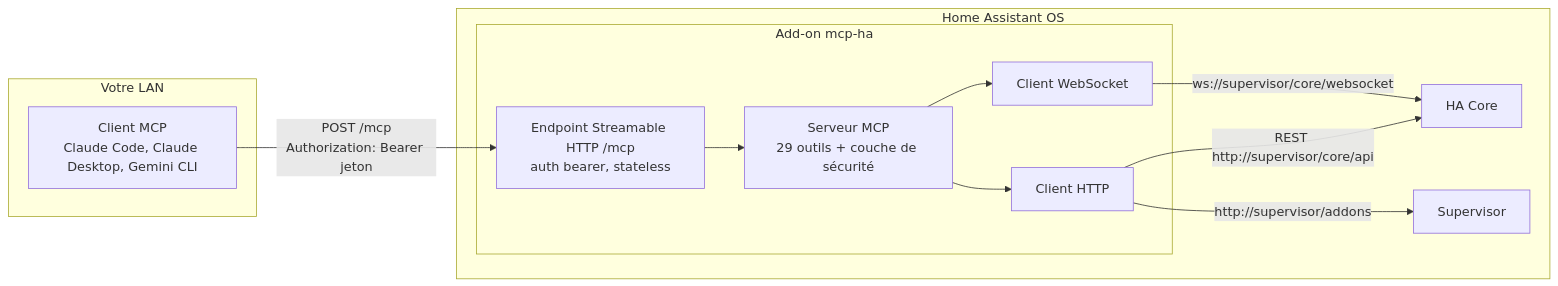
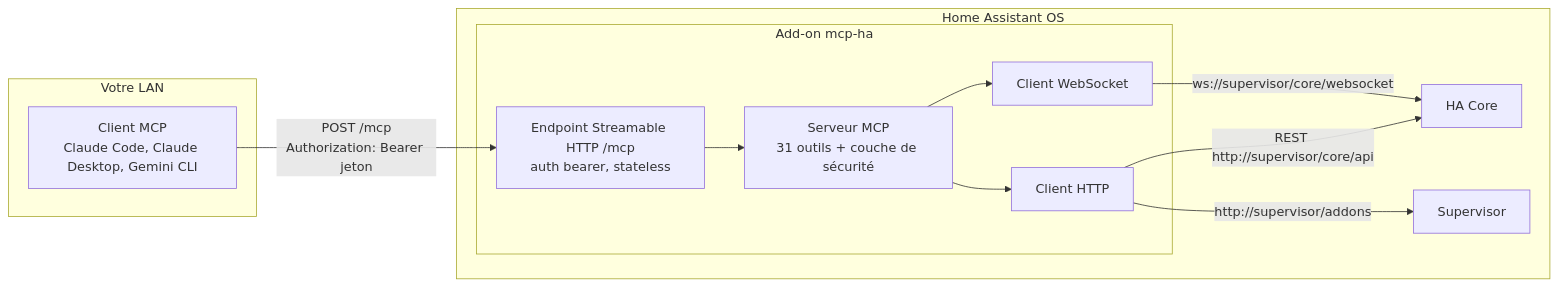
Before and after one commit to Devitek/mcp-ha: the first of 3 diagrams in docs/fr/reference/architecture.md, drawn with Mermaid. The commit also changed 16 other files, not shown here.

````diff
--- a/docs/fr/reference/architecture.md
+++ b/docs/fr/reference/architecture.md
@@ -7,23 +7,23 @@
 ```mermaid
 flowchart LR
   subgraph lan["Votre LAN"]
     C["Client MCP<br/>Claude Code, Claude Desktop, Gemini CLI"]
   end
   subgraph haos["Home Assistant OS"]
     subgraph addon["Add-on mcp-ha"]
       T["Endpoint Streamable HTTP /mcp<br/>auth bearer, stateless"]
-      S["Serveur MCP<br/>29 outils + couche de sécurité"]
+      S["Serveur MCP<br/>31 outils + couche de sécurité"]
       W["Client WebSocket"]
       H["Client HTTP"]
       T --> S
       S --> W
       S --> H
     end
     CORE["HA Core"]
     SUP["Supervisor"]
     W -->|"ws://supervisor/core/websocket"| CORE
     H -->|"REST http://supervisor/core/api"| CORE
     H -->|"http://supervisor/addons"| SUP
   end
   C -->|"POST /mcp<br/>Authorization: Bearer jeton"| T
 ```
````
